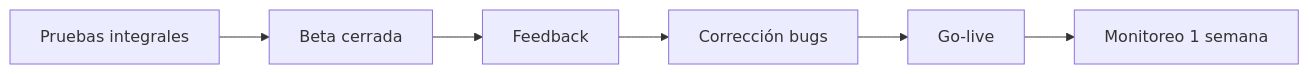
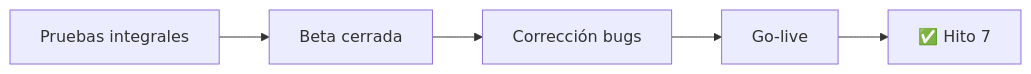
One commit to erikaluciafuertes/Project-Proposals changed the eighth of 9 diagrams in whatsApp-learning/roadmap.md. Above: the diagram before and after it, drawn with Mermaid. The commit also changed other lines of this file, not shown here.

Commit message:
feat: Update roadmap with 17-week duration, add milestones, team requirements, and detailed phase breakdowns.

````diff
--- a/whatsApp-learning/roadmap.md
+++ b/whatsApp-learning/roadmap.md
@@ -250,8 +352,7 @@
 ```mermaid
 flowchart LR
     A[Pruebas integrales] --> B[Beta cerrada]
-    B --> C[Feedback]
-    C --> D[Corrección bugs]
-    D --> E[Go-live]
-    E --> F[Monitoreo 1 semana]
+    B --> C[Corrección bugs]
+    C --> D[Go-live]
+    D --> E["✅ Hito 7"]
 ```
````
